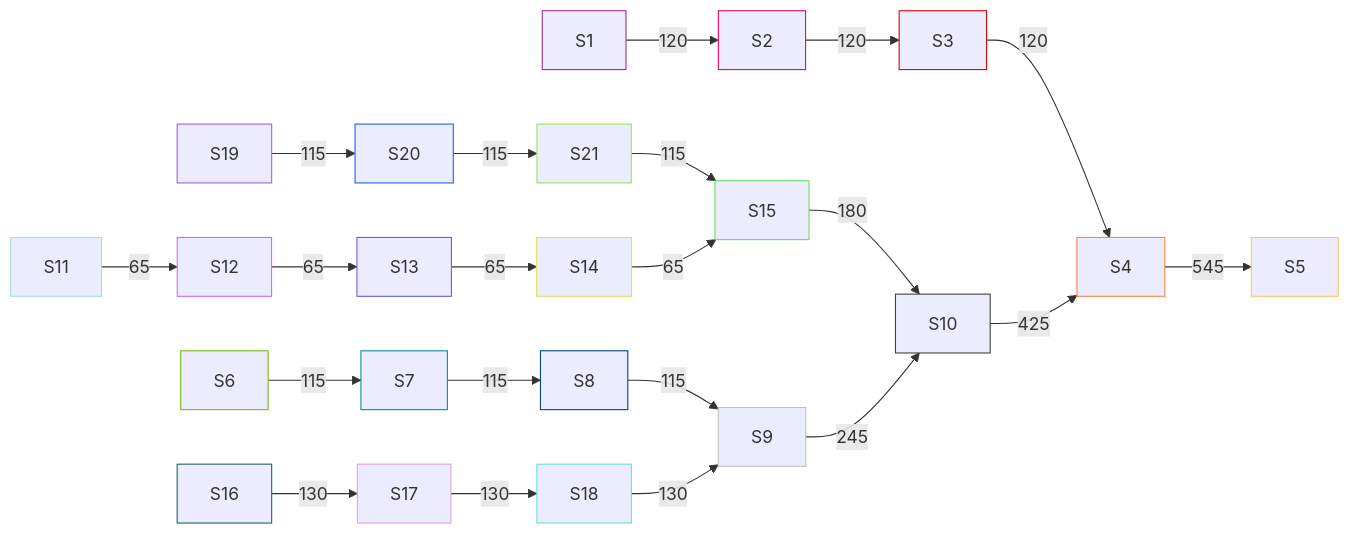
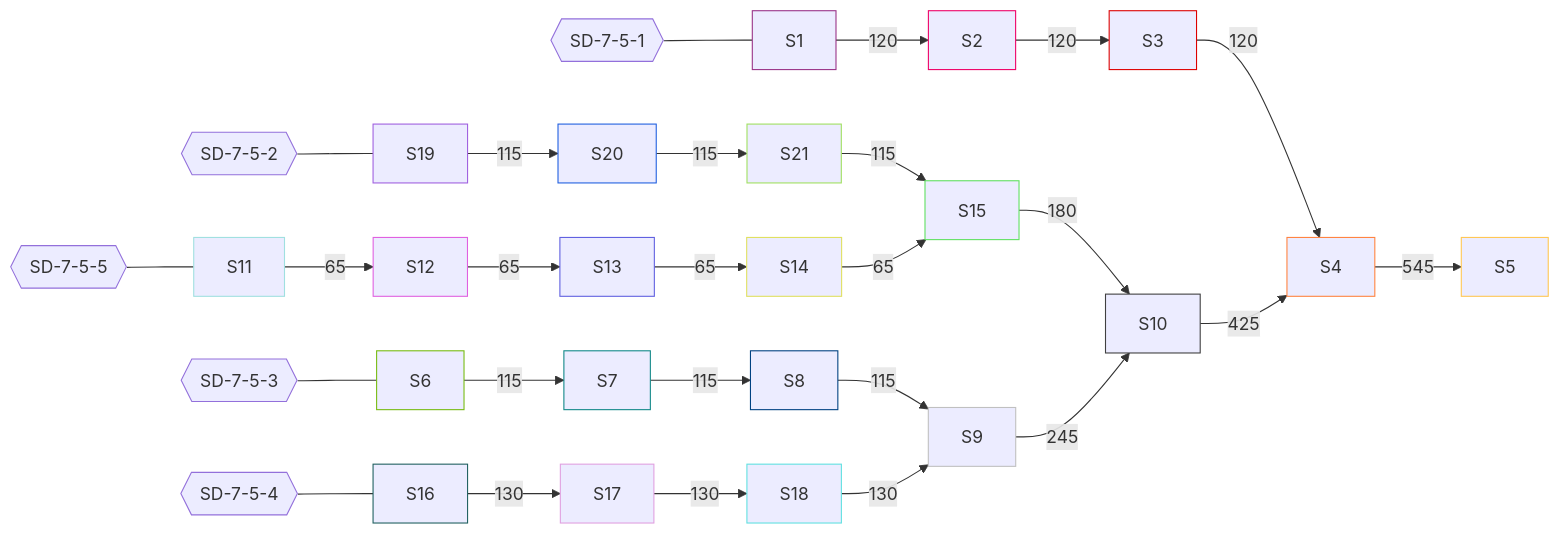
The diagram in FFE-pyRevit.extension/FFE-pyRevit.tab/BetaTools.panel/DuctNetwork.pushbutton/flowchart_DuctNetwork_Sections.mmd (kyleguggy13/FFE-pyRevit), drawn with Mermaid before and after one commit.

Commit message:
Added diffusers

```diff
--- a/FFE-pyRevit.extension/FFE-pyRevit.tab/BetaTools.panel/DuctNetwork.pushbutton/flowchart_DuctNetwork_Sections.mmd
+++ b/FFE-pyRevit.extension/FFE-pyRevit.tab/BetaTools.panel/DuctNetwork.pushbutton/flowchart_DuctNetwork_Sections.mmd
@@ -1,32 +1,37 @@
 flowchart LR
 
 
 
 classDef S1 stroke:#993388
 classDef S2 stroke:#ee0066
 classDef S3 stroke:#dd0000
 classDef S4 stroke:#ff8340
 classDef S5 stroke:#ffc753
 classDef S6 stroke:#77bb11
 classDef S7 stroke:#118888
 classDef S8 stroke:#004282
 classDef S9 stroke:#c0c0c0
 classDef S10 stroke:#404040
 classDef S11 stroke:#a0e0e0
 classDef S12 stroke:#e060e0
 classDef S13 stroke:#6060e0
 classDef S14 stroke:#e0e060
 classDef S15 stroke:#60e060
 classDef S16 stroke:#206060
 classDef S17 stroke:#e0a0e0
 classDef S18 stroke:#60e0e0
 classDef S19 stroke:#a060e0
 classDef S20 stroke:#2060e0
 classDef S21 stroke:#a0e060
 
+SD-7-5-1@{ shape: hex } --- S1
+SD-7-5-2@{ shape: hex } --- S19
+SD-7-5-3@{ shape: hex } --- S6
+SD-7-5-4@{ shape: hex } --- S16
+SD-7-5-5@{ shape: hex } --- S11
 
 S1:::S1 -- 120 --> S2:::S2 -- 120 --> S3:::S3 -- 120 --> S4:::S4 -- 545 --> S5:::S5
 S19:::S19 -- 115 --> S20:::S20 -- 115 --> S21:::S21 -- 115 --> S15:::S15 -- 180 --> S10:::S10 -- 425 --> S4
 S11:::S11 -- 65 --> S12:::S12 -- 65 --> S13:::S13 -- 65 --> S14:::S14 -- 65 --> S15
 S6:::S6 -- 115 --> S7:::S7 -- 115 --> S8:::S8 -- 115 --> S9:::S9 -- 245 --> S10
 S16:::S16 -- 130 --> S17:::S17 -- 130 --> S18:::S18 -- 130 --> S9
```
